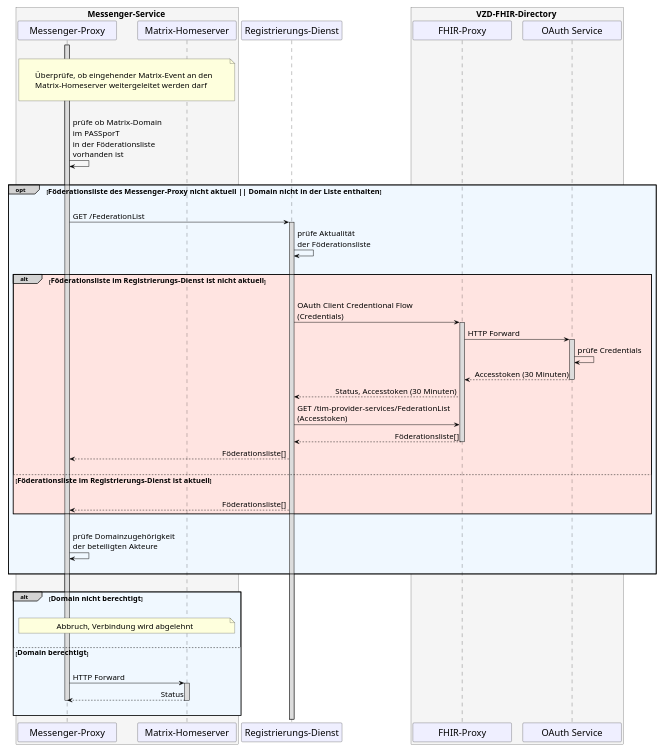
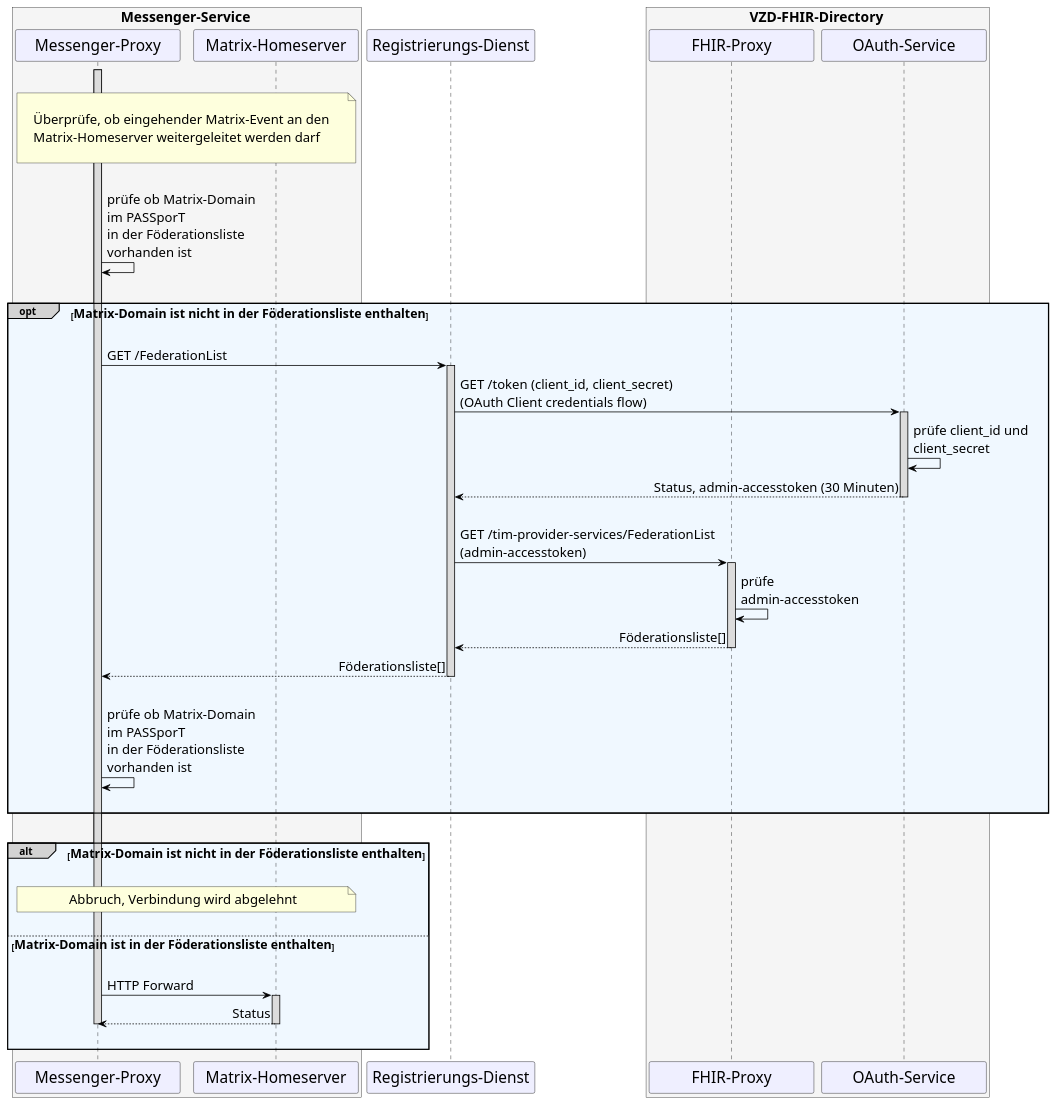
One commit to gematik/api-ti-messenger changed the diagram in src/plantuml/TI-Messenger-Dienst/Ressourcen/UC_10064_Seq.puml. Above: the diagram before and after it, drawn with PlantUML.

```diff
--- a/src/plantuml/TI-Messenger-Dienst/Ressourcen/UC_10064_Seq.puml
+++ b/src/plantuml/TI-Messenger-Dienst/Ressourcen/UC_10064_Seq.puml
@@ -9,99 +9,89 @@
 @startuml
 skinparam sequenceMessageAlign direction
 skinparam minClassWidth 200
 skinparam BoxPadding 1
 skinparam sequenceReferenceHeaderBackgroundColor palegreen
-scale max 850 width
+scale max 2048 width
 
 skinparam sequence {
 ArrowColor black
 ArrowFontSize 17
 ActorBorderColor black
 LifeLineBorderColor black
 LifeLineBackgroundColor Gainsboro
 
 ParticipantBorderColor Motivation
 ParticipantBackgroundColor Motivation
 ParticipantFontName Impact
 ParticipantFontSize 20
 ParticipantFontColor black
 ParticipantBorderColor Black
 ParticipantBackgroundColor MOTIVATION
 
 ActorBackgroundColor Gainsboro
 ActorFontColor black
 ActorFontSize 20
 ActorFontName Aapex
 }
     box <size:18>Messenger-Service</size> #WhiteSmoke
     participant MP as "Messenger-Proxy"
     participant MH as "Matrix-Homeserver"
     end box
     participant RD as "Registrierungs-Dienst"
     box <size:18>VZD-FHIR-Directory</size> #WhiteSmoke
       participant FP as "FHIR-Proxy"
-      participant AS as "OAuth Service"
+      participant AS as "OAuth-Service"
     end box
 
 |||
 note over MP, MH: \n<size:17>Überprüfe, ob eingehender Matrix-Event an den \n<size:17>Matrix-Homeserver weitergeleitet werden darf</size>\n
 |||
 
     Activate MP
   MP->MP: prüfe ob Matrix-Domain \nim PASSporT \nin der Föderationsliste \nvorhanden ist
 
 |||
-opt#LightGrey #AliceBlue <size:16>Föderationsliste des Messenger-Proxy nicht aktuell || Domain nicht in der Liste enthalten</size>
+opt#LightGrey #AliceBlue <size:16>Matrix-Domain ist nicht in der Föderationsliste enthalten</size>
 |||  
 
   MP->RD: GET /FederationList
     Activate RD
-  RD->RD: prüfe Aktualität \nder Föderationsliste
-  
-  |||
-  alt#LightGrey #MistyRose <size:16>Föderationsliste im Registrierungs-Dienst ist nicht aktuell</size>
-  ||| 
-  
-    RD->FP: OAuth Client Credentional Flow \n(Credentials)
-        Activate FP
-    FP->AS: HTTP Forward
+
+    RD->AS: GET /token (client_id, client_secret) \n(OAuth Client credentials flow)
       Activate AS
-    AS->AS: prüfe Credentials
-    AS-->FP: Accesstoken (30 Minuten)
-      Deactivate AS
-    FP-->RD: Status, Accesstoken (30 Minuten)
-    RD->FP: GET /tim-provider-services/FederationList \n(Accesstoken)
+    AS->AS: prüfe client_id und \nclient_secret
+    AS-->RD: Status, admin-accesstoken (30 Minuten)
+      Deactivate AS  
+
+    |||
+    RD->FP: GET /tim-provider-services/FederationList \n(admin-accesstoken)
+      Activate FP
+    FP->FP: prüfe \nadmin-accesstoken
     FP-->RD: Föderationsliste[]
+
       Deactivate FP
     RD-->MP: Föderationsliste[]
+      Deactivate RD
+    |||
+    MP->MP: prüfe ob Matrix-Domain \nim PASSporT \nin der Föderationsliste \nvorhanden ist
+    |||
+end
+|||
 
-      |||
-      else <size:16>Föderationsliste im Registrierungs-Dienst ist aktuell</size>
-      |||
-        RD-->MP: Föderationsliste[]
-  end
-  
-  |||
-  MP->MP: prüfe Domainzugehörigkeit \nder beteiligten Akteure
-  |||
-  
-end
-
-|||
-alt#LightGrey #AliceBlue <size:16>Domain nicht berechtigt</size>
+alt#LightGrey #AliceBlue <size:16>Matrix-Domain ist nicht in der Föderationsliste enthalten</size>
 |||  
 
   note over MP, MH: <size:17>Abbruch, Verbindung wird abgelehnt</size>
   ||| 
   
-  else <size:16>Domain berechtigt</size>
+  else <size:16>Matrix-Domain ist in der Föderationsliste enthalten</size>
     ||| 
     MP->MH: HTTP Forward
       Activate MH
     MH-->MP: Status
       Deactivate MH
       Deactivate MP
     ||| 
 
 end
 @enduml
```
